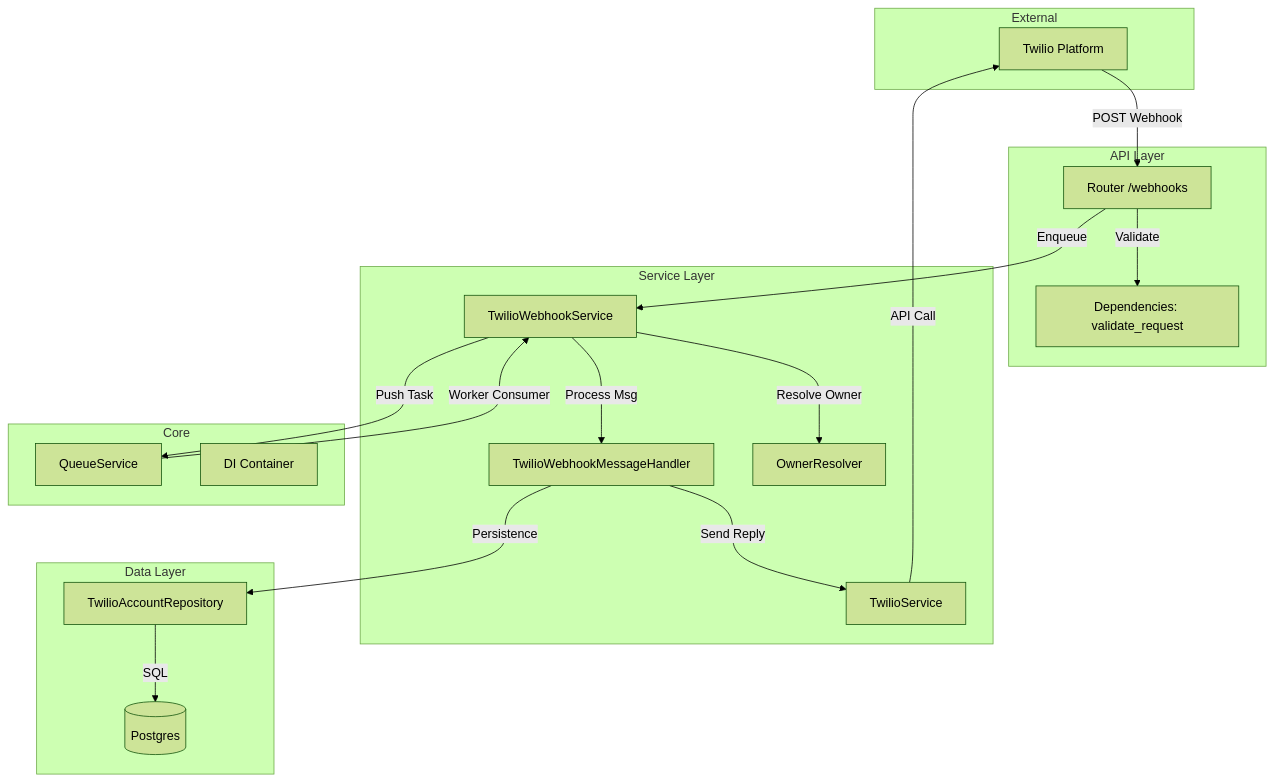
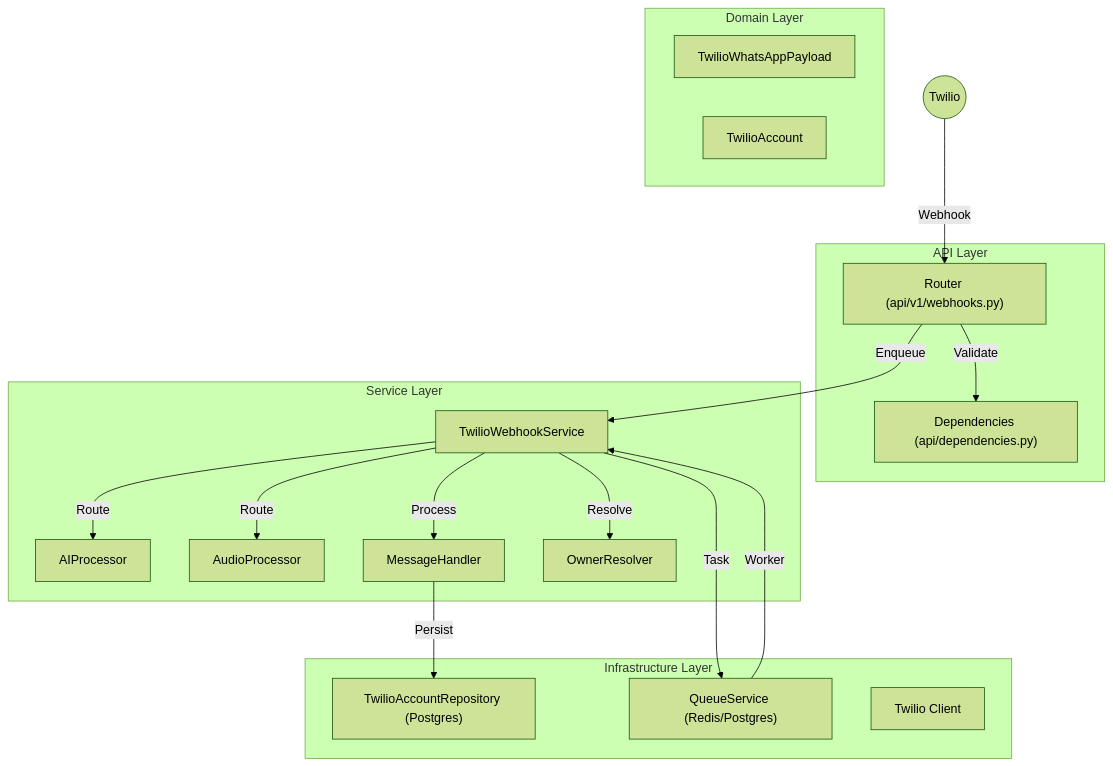
One commit to lennonconstantino/whatsapp_twilio_ai changed the diagram in src/modules/channels/twilio/docs/analise_conformidade_modulo_twilio.md. Above: the diagram before and after it, drawn with Mermaid (forest theme). The commit also changed other lines of this file and 13 other files, not shown here.

````diff
--- a/src/modules/channels/twilio/docs/analise_conformidade_modulo_twilio.md
+++ b/src/modules/channels/twilio/docs/analise_conformidade_modulo_twilio.md
@@ -15,42 +19,37 @@
 ```mermaid
 graph TD
-    subgraph External
-        Twilio[Twilio Platform]
-    end
-
     subgraph API Layer
-        Router[Router /webhooks]
-        Auth[Dependencies: validate_request]
+        Router["Router (api/v1/webhooks.py)"]
+        Deps["Dependencies (api/dependencies.py)"]
     end
 
     subgraph Service Layer
-        WebhookSvc[TwilioWebhookService]
-        MsgHandler[TwilioWebhookMessageHandler]
-        OwnerRes[OwnerResolver]
-        TwilioSvc[TwilioService]
+        Orchestrator["TwilioWebhookService"]
+        AIProc["AIProcessor"]
+        AudioProc["AudioProcessor"]
+        MsgHandler["MessageHandler"]
+        OwnerRes["OwnerResolver"]
     end
 
-    subgraph Core
-        Queue[QueueService]
-        Container[DI Container]
+    subgraph Domain Layer
+        Payload["TwilioWhatsAppPayload"]
+        Account["TwilioAccount"]
     end
 
-    subgraph Data Layer
-        Repo[TwilioAccountRepository]
-        DB[(Postgres)]
+    subgraph Infrastructure Layer
+        Repo["TwilioAccountRepository (Postgres)"]
+        Queue["QueueService (Redis/Postgres)"]
+        TwilioSDK["Twilio Client"]
     end
 
-    Twilio -->|POST Webhook| Router
-    Router -->|Validate| Auth
-    Router -->|Enqueue| WebhookSvc
-    WebhookSvc -->|Push Task| Queue
-    
-    Queue -->|Worker Consumer| WebhookSvc
-    WebhookSvc -->|Resolve Owner| OwnerRes
-    WebhookSvc -->|Process Msg| MsgHandler
-    
-    MsgHandler -->|Persistence| Repo
-    MsgHandler -->|Send Reply| TwilioSvc
-    TwilioSvc -->|API Call| Twilio
-    Repo -->|SQL| DB
+    Twilio((Twilio)) -->|Webhook| Router
+    Router -->|Validate| Deps
+    Router -->|Enqueue| Orchestrator
+    Orchestrator -->|Task| Queue
+    Queue -->|Worker| Orchestrator
+    Orchestrator -->|Resolve| OwnerRes
+    Orchestrator -->|Process| MsgHandler
+    Orchestrator -->|Route| AIProc
+    Orchestrator -->|Route| AudioProc
+    MsgHandler -->|Persist| Repo
 ```
````
